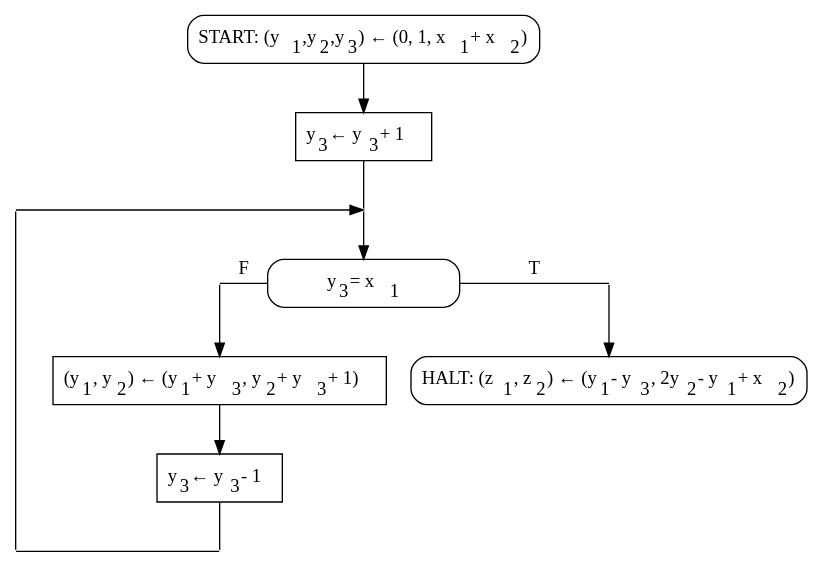
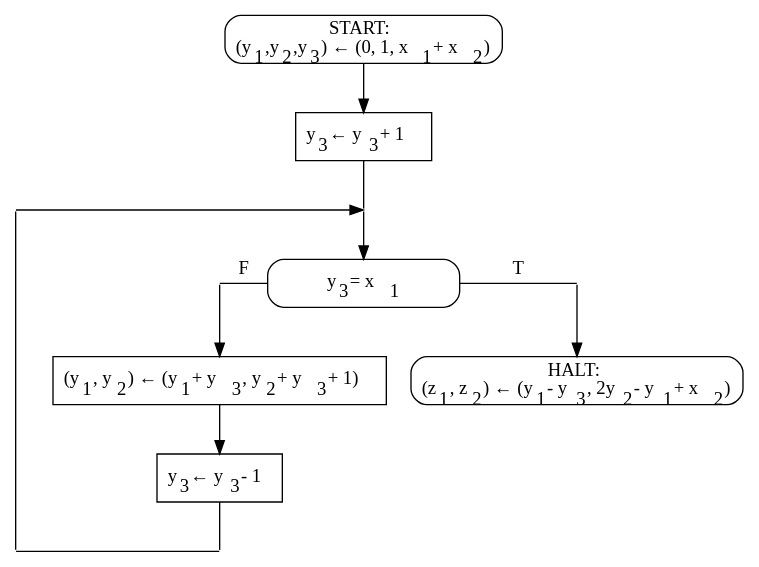
The diagram in exercises/x2_fig1.dot (kornevgen/mfsp), drawn with Graphviz before and after one commit. The commit also changed 9 other files, not shown here.

Commit message:
START and HALT operators was fixed in exercises.

```diff
--- a/exercises/x2_fig1.dot
+++ b/exercises/x2_fig1.dot
@@ -1,25 +1,25 @@
 digraph G{
 
 /* nodes by levels */
 node[shape=rectangle];
-START[style=rounded, label=<START: (y<sub>1</sub>,y<sub>2</sub>,y<sub>3</sub>) &larr; (0, 1, x<sub>1</sub> + x<sub>2</sub>)>];
+START[style=rounded, label=<START:<br/>(y<sub>1</sub>,y<sub>2</sub>,y<sub>3</sub>) &larr; (0, 1, x<sub>1</sub> + x<sub>2</sub>)>];
 ASSIGN1[label=<y<sub>3</sub> &larr; y<sub>3</sub> + 1>];
 TEST[style=rounded, width=2, label=<y<sub>3</sub> = x<sub>1</sub>>];
 ASSIGN2[label=<(y<sub>1</sub>, y<sub>2</sub>) &larr; (y<sub>1</sub> + y<sub>3</sub>, y<sub>2</sub> + y<sub>3</sub> + 1)>];
 ASSIGN3[label=<y<sub>3</sub> &larr; y<sub>3</sub> - 1>];
-HALT[style=rounded, label=<HALT: (z<sub>1</sub>, z<sub>2</sub>) &larr; (y<sub>1</sub> - y<sub>3</sub>, 2y<sub>2</sub> - y<sub>1</sub> + x<sub>2</sub>)>];
+HALT[style=rounded, label=<HALT:<br/>(z<sub>1</sub>, z<sub>2</sub>) &larr; (y<sub>1</sub> - y<sub>3</sub>, 2y<sub>2</sub> - y<sub>1</sub> + x<sub>2</sub>)>];
 
 /* edges */
 node [shape=point, width=0, label=""];
 START -> ASSIGN1 [weight=8]; ASSIGN1 -> p2 [arrowhead=none];
 { rank=same; p1 -> p2; }
 p1 -> p5 [weight=8, arrowhead=none];
 p2 -> TEST[weight=8];
 { rank=same; p3 -> TEST [label="F", arrowhead=none]; TEST -> p4 [label="T", arrowhead=none]; }
 p3 -> ASSIGN2 [weight=8];
 p4 -> HALT [weight=8];
 { rank=same; ASSIGN2; HALT; }
 ASSIGN2 -> ASSIGN3 [weight=8];
 ASSIGN3 -> p6 [weight=8, arrowhead=none];
 { rank=same; p5 -> p6 [arrowhead=none]; }
 }
```
